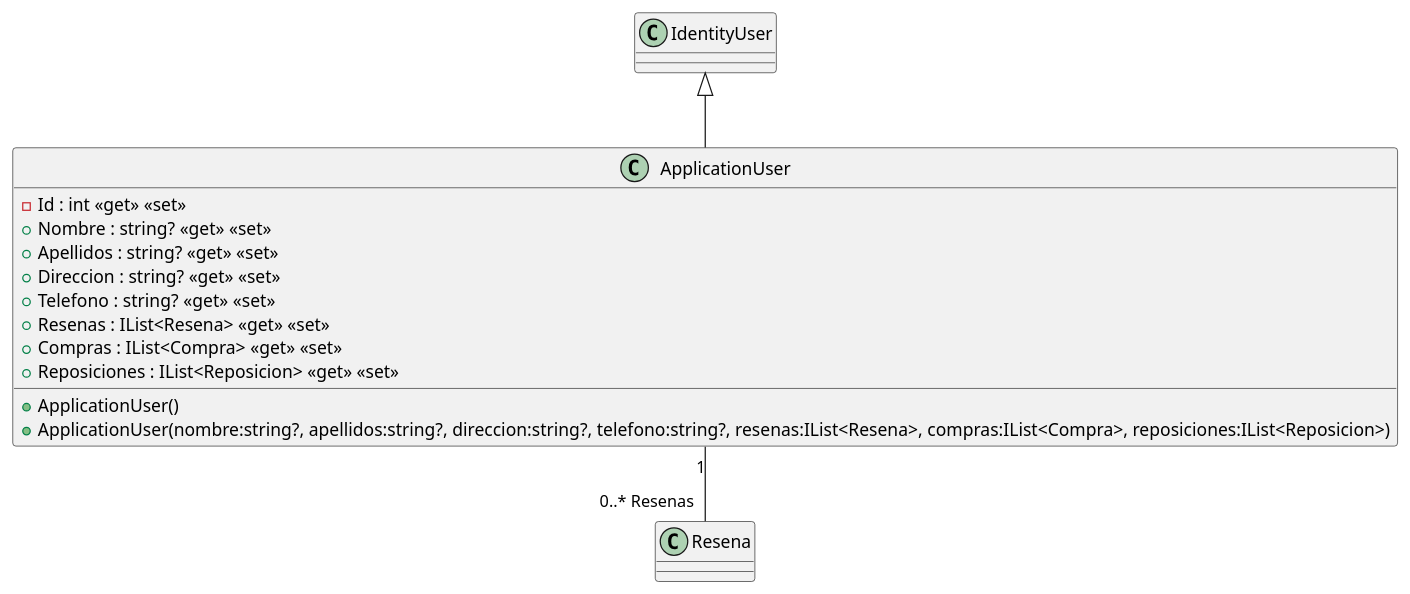
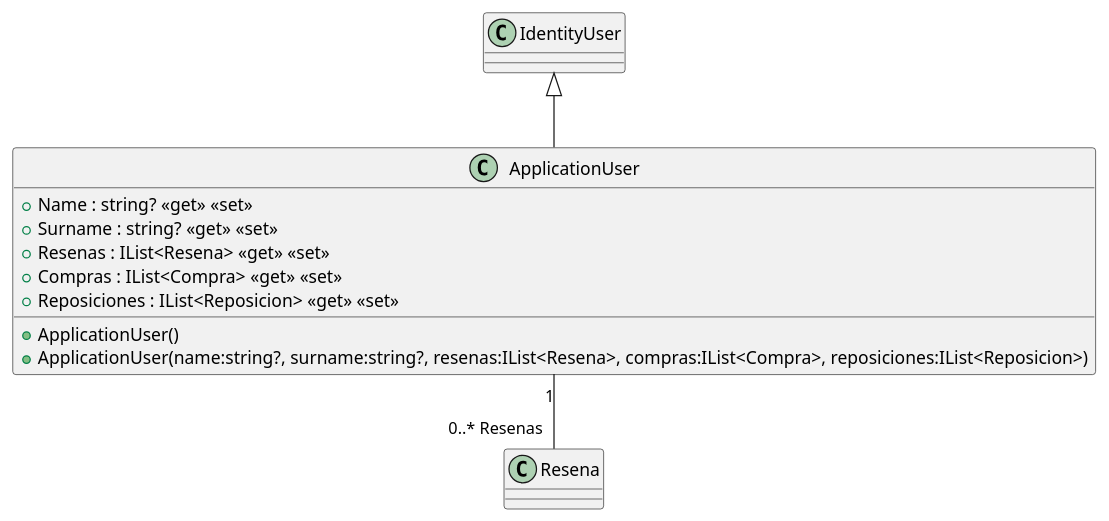
One commit to ISII2627SoftwareEngineers/ISII2627SoftwareEngineers changed the diagram in src/AppForSEII.API/ClassDiagram/ApplicationUser.puml. Above: the diagram before and after it, drawn with PlantUML. The commit also changed 2 other files, not shown here.

```diff
--- a/src/AppForSEII.API/ClassDiagram/ApplicationUser.puml
+++ b/src/AppForSEII.API/ClassDiagram/ApplicationUser.puml
@@ -1,16 +1,13 @@
 @startuml
 class ApplicationUser {
     + ApplicationUser()
-    + ApplicationUser(nombre:string?, apellidos:string?, direccion:string?, telefono:string?, resenas:IList<Resena>, compras:IList<Compra>, reposiciones:IList<Reposicion>)
-    - Id : int <<get>> <<set>>
-    + Nombre : string? <<get>> <<set>>
-    + Apellidos : string? <<get>> <<set>>
-    + Direccion : string? <<get>> <<set>>
-    + Telefono : string? <<get>> <<set>>
+    + ApplicationUser(name:string?, surname:string?, resenas:IList<Resena>, compras:IList<Compra>, reposiciones:IList<Reposicion>)
+    + Name : string? <<get>> <<set>>
+    + Surname : string? <<get>> <<set>>
     + Resenas : IList<Resena> <<get>> <<set>>
     + Compras : IList<Compra> <<get>> <<set>>
     + Reposiciones : IList<Reposicion> <<get>> <<set>>
 }
 ApplicationUser "1" -- "0..* Resenas" Resena
 IdentityUser <|-- ApplicationUser
 @enduml
```
